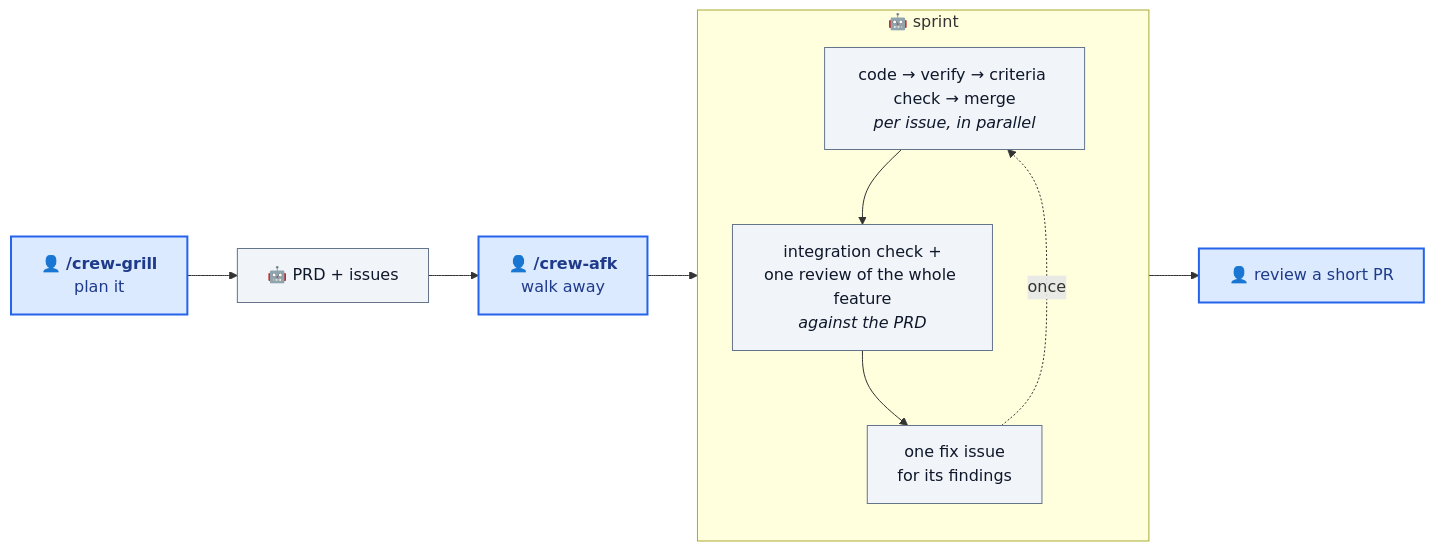
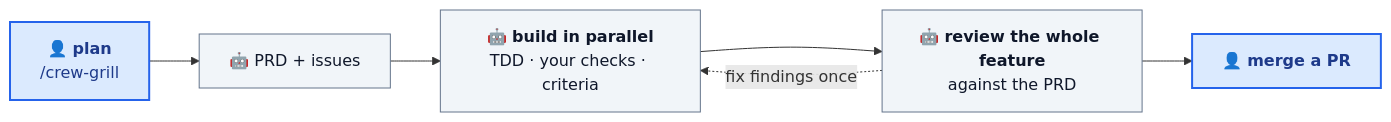
The diagram in README.md (ypxing/coding-crew), drawn with Mermaid before and after one commit. The commit also changed other lines of this file and 73 other files, not shown here.

````diff
--- a/README.md
+++ b/README.md
@@ -46,21 +38,13 @@
 ```mermaid
 flowchart LR
-    plan["👤 <b>/crew-grill</b><br/>plan it"] --> issues["🤖 PRD + issues"]
-    issues --> afk["👤 <b>/crew-afk</b><br/>walk away"]
-
-    subgraph sprint["🤖 sprint"]
-        direction TB
-        build["code → verify → criteria check → merge<br/><i>per issue, in parallel</i>"]
-        check["integration check +<br/>one review of the whole feature<br/><i>against the PRD</i>"]
-        fix["one fix issue<br/>for its findings"]
-        build --> check --> fix
-        fix -. "once" .-> build
-    end
-
-    afk --> sprint --> pr["👤 review a short PR"]
+    plan["👤 <b>plan</b><br/>/crew-grill"] --> issues["🤖 PRD + issues"]
+    issues --> build["🤖 <b>build in parallel</b><br/>TDD · your checks · criteria"]
+    build --> review["🤖 <b>review the whole feature</b><br/>against the PRD"]
+    review --> pr["👤 <b>merge a PR</b>"]
+    review -. "fix findings once" .-> build
 
     classDef human fill:#dbeafe,stroke:#2563eb,stroke-width:2px,color:#1e3a8a
     classDef bot fill:#f1f5f9,stroke:#64748b,color:#0f172a
-    class plan,afk,pr human
-    class issues,build,check,fix bot
+    class plan,pr human
+    class issues,build,review bot
 ```
````
